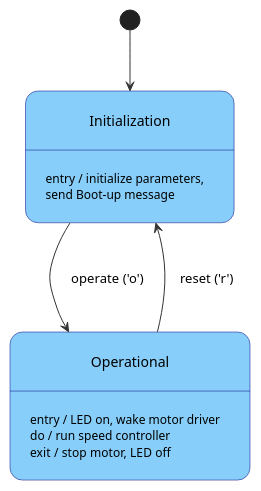
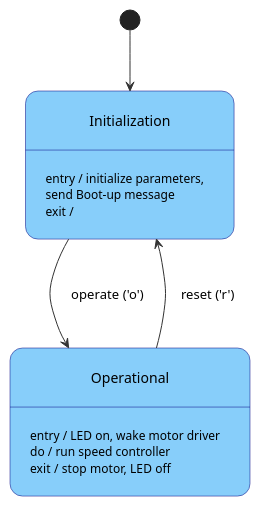
Before and after one commit to olisteinn/Project3: the diagram in Part_1/docs/diagrams/src/state_part1.wsd, drawn with PlantUML.

Commit message:
small change to diagram

```diff
--- a/Part_1/docs/diagrams/src/state_part1.wsd
+++ b/Part_1/docs/diagrams/src/state_part1.wsd
@@ -1,27 +1,28 @@
 @startuml state_machine
 skinparam defaultTextAlignment center
 skinparam ArrowColor #333333
 skinparam StateBackgroundColor LightSkyBlue
 skinparam StateBorderColor Navy
 skinparam Padding 15
 
 
 [*] --> Initialization
 
 state Initialization {
 Initialization : entry / initialize parameters,\nsend Boot-up message
+Initialization : exit /
 }
 
 state Operational {
 Operational : entry / LED on, wake motor driver
 Operational : do / run speed controller
 Operational : exit / stop motor, LED off
 }
 
 ' Main flow
 Initialization --> Operational : operate ('o')
 
 ' Reset path
 Operational -up-> Initialization : reset ('r')
 
 @enduml
```
